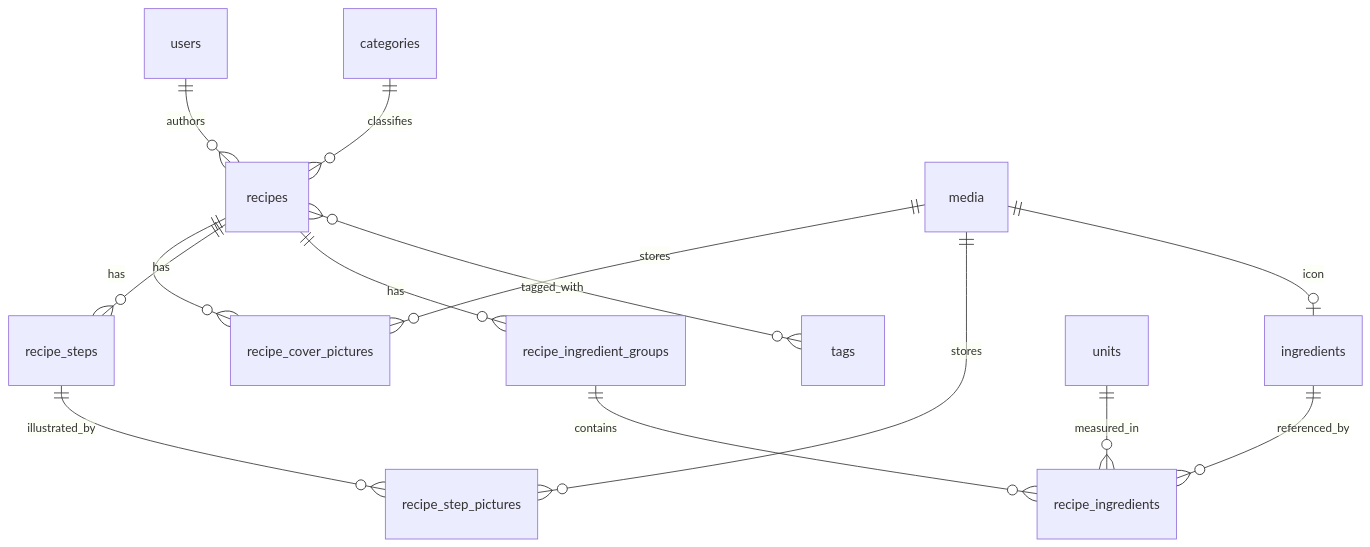
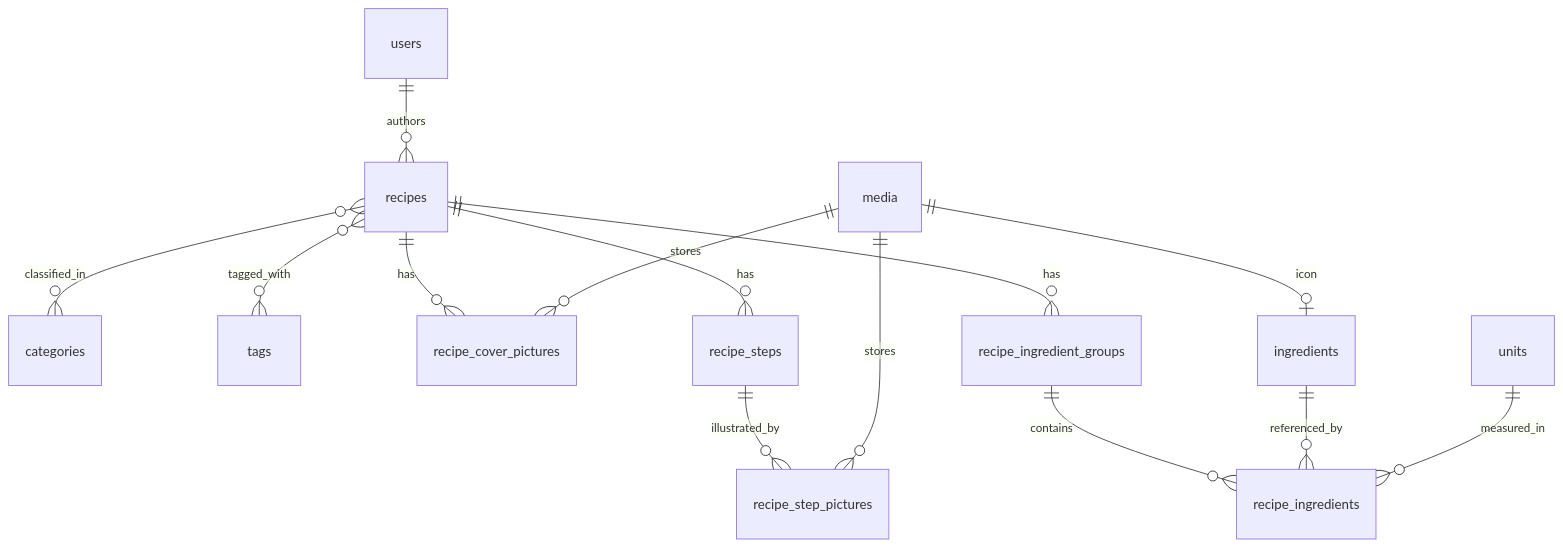
One commit to amaurygrillot/recettes-back changed the diagram in docs/recipes-domain-model.md. Above: the diagram before and after it, drawn with Mermaid. The commit also changed other lines of this file and 1 other file, not shown here.

````diff
--- a/docs/recipes-domain-model.md
+++ b/docs/recipes-domain-model.md
@@ -17,16 +17,16 @@
 ```mermaid
 erDiagram
     users ||--o{ recipes : authors
-    categories ||--o{ recipes : classifies
+  recipes }o--o{ categories: classified_in
+  recipes }o--o{ tags: tagged_with
     recipes ||--o{ recipe_cover_pictures : has
     recipes ||--o{ recipe_steps : has
     recipes ||--o{ recipe_ingredient_groups : has
-    recipes }o--o{ tags : tagged_with
     recipe_steps ||--o{ recipe_step_pictures : illustrated_by
     recipe_ingredient_groups ||--o{ recipe_ingredients : contains
     ingredients ||--o{ recipe_ingredients : referenced_by
     units ||--o{ recipe_ingredients : measured_in
     media ||--o{ recipe_cover_pictures : stores
     media ||--o{ recipe_step_pictures : stores
     media ||--o| ingredients : icon
 ```
````
